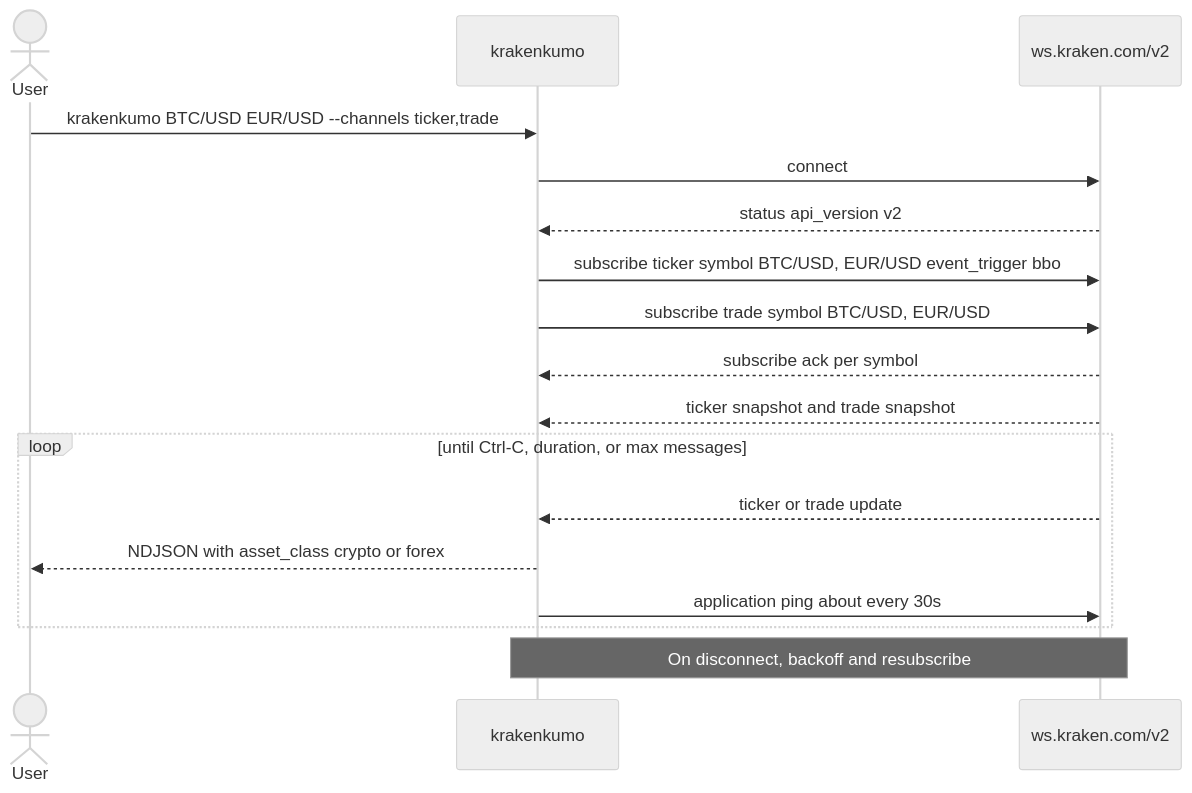
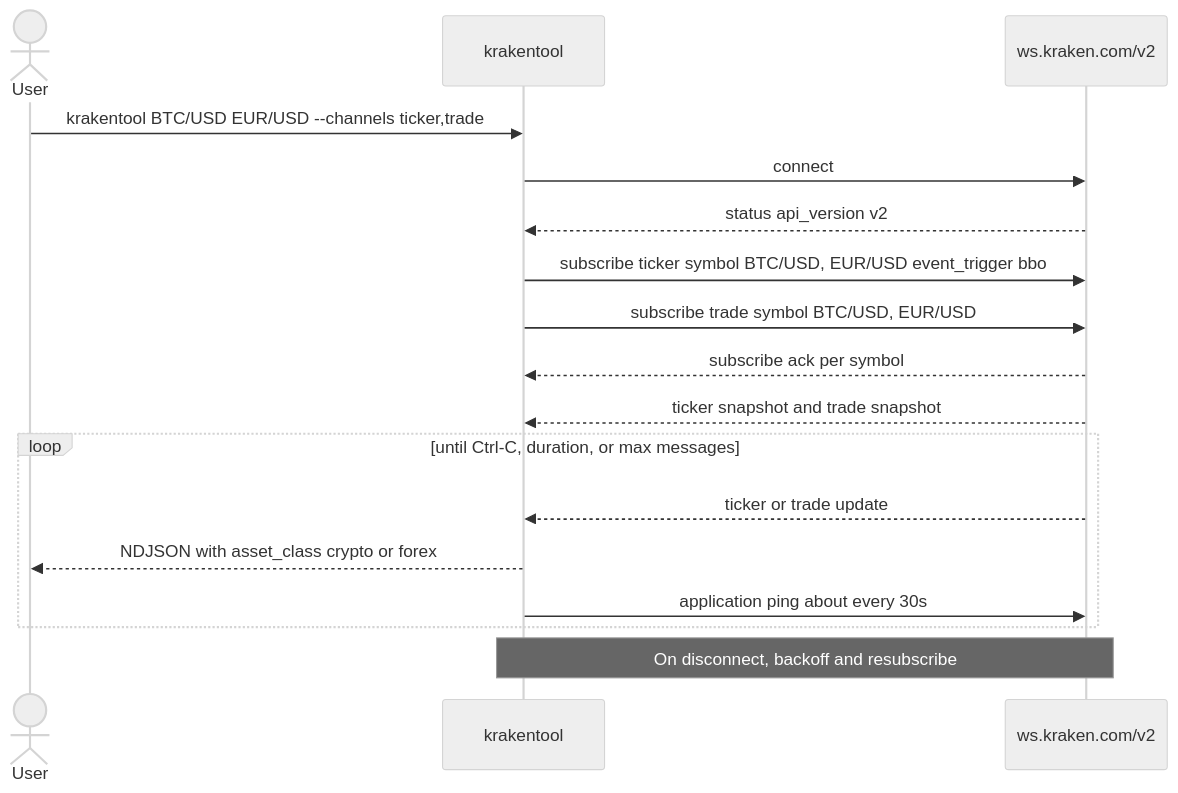
The second of 4 diagrams in docs/FEATURES.md (aifintech-do/krakenkumo), drawn with Mermaid (neutral theme) before and after one commit. The commit also changed other lines of this file and 18 other files, not shown here.

Commit message:
Rename krakenkumo to krakentool across the package, command, and docs.

````diff
--- a/docs/FEATURES.md
+++ b/docs/FEATURES.md
@@ -105,20 +105,20 @@
 ```mermaid
 sequenceDiagram
   actor User
-  participant CLI as krakenkumo
+  participant CLI as krakentool
   participant WS as ws.kraken.com/v2
 
-  User->>CLI: krakenkumo BTC/USD EUR/USD --channels ticker,trade
+  User->>CLI: krakentool BTC/USD EUR/USD --channels ticker,trade
   CLI->>WS: connect
   WS-->>CLI: status api_version v2
   CLI->>WS: subscribe ticker symbol BTC/USD, EUR/USD event_trigger bbo
   CLI->>WS: subscribe trade symbol BTC/USD, EUR/USD
   WS-->>CLI: subscribe ack per symbol
   WS-->>CLI: ticker snapshot and trade snapshot
   loop until Ctrl-C, duration, or max messages
     WS-->>CLI: ticker or trade update
     CLI-->>User: NDJSON with asset_class crypto or forex
     CLI->>WS: application ping about every 30s
   end
   Note over CLI,WS: On disconnect, backoff and resubscribe
 ```
````
